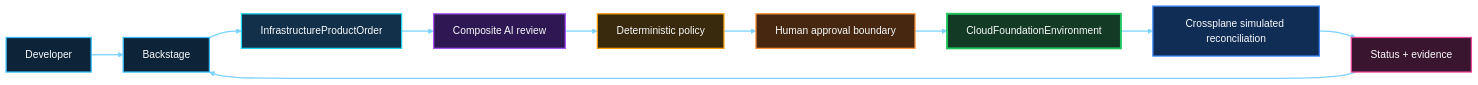
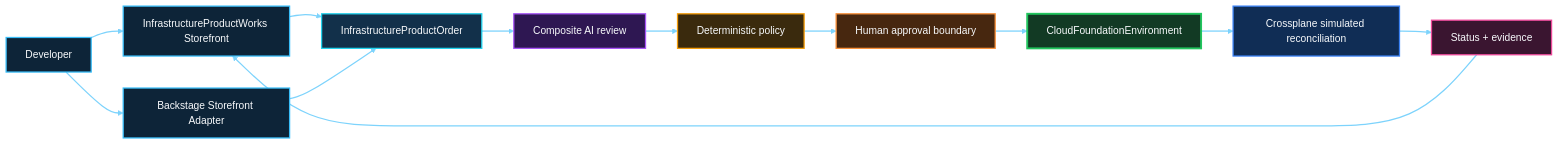
Before and after one commit to InfrastructureProductWorks/ai-powered-infrastructure-as-a-product: the sixth of 7 diagrams in README.md, drawn with Mermaid. The commit also changed other lines of this file and 6 other files, not shown here.

````diff
--- a/README.md
+++ b/README.md
@@ -595,30 +618,32 @@
 ```mermaid
 flowchart LR
-  DEV[Developer] --> STORE[Backstage]
+  DEV[Developer] --> STORE[InfrastructureProductWorks Storefront]
+  DEV --> BS[Backstage Storefront Adapter]
   STORE --> ORDER[InfrastructureProductOrder]
+  BS --> ORDER
   ORDER --> AI[Composite AI review]
   AI --> POLICY[Deterministic policy]
   POLICY --> HUMAN[Human approval boundary]
   HUMAN --> CFE[CloudFoundationEnvironment]
   CFE --> XP[Crossplane simulated reconciliation]
   XP --> EVID[Status + evidence]
   EVID --> STORE
 
   classDef consumer fill:#0D2438,stroke:#38BDF8,stroke-width:2px,color:#F8FAFC
   classDef intent fill:#12304A,stroke:#22D3EE,stroke-width:2px,color:#F8FAFC
   classDef intelligence fill:#2E1752,stroke:#A855F7,stroke-width:2px,color:#F8FAFC
   classDef governance fill:#3A2A0D,stroke:#F59E0B,stroke-width:2px,color:#F8FAFC
   classDef human fill:#47270F,stroke:#FB923C,stroke-width:2px,color:#F8FAFC
   classDef contract fill:#123A24,stroke:#22C55E,stroke-width:3px,color:#F8FAFC
   classDef control fill:#102D55,stroke:#3B82F6,stroke-width:2px,color:#F8FAFC
   classDef evidence fill:#3A1530,stroke:#EC4899,stroke-width:2px,color:#F8FAFC
-  class DEV,STORE consumer
+  class DEV,STORE,BS consumer
   class ORDER intent
   class AI intelligence
   class POLICY governance
   class HUMAN human
   class CFE contract
   class XP control
   class EVID evidence
   linkStyle default stroke:#7DD3FC,stroke-width:2px
 ```
````
